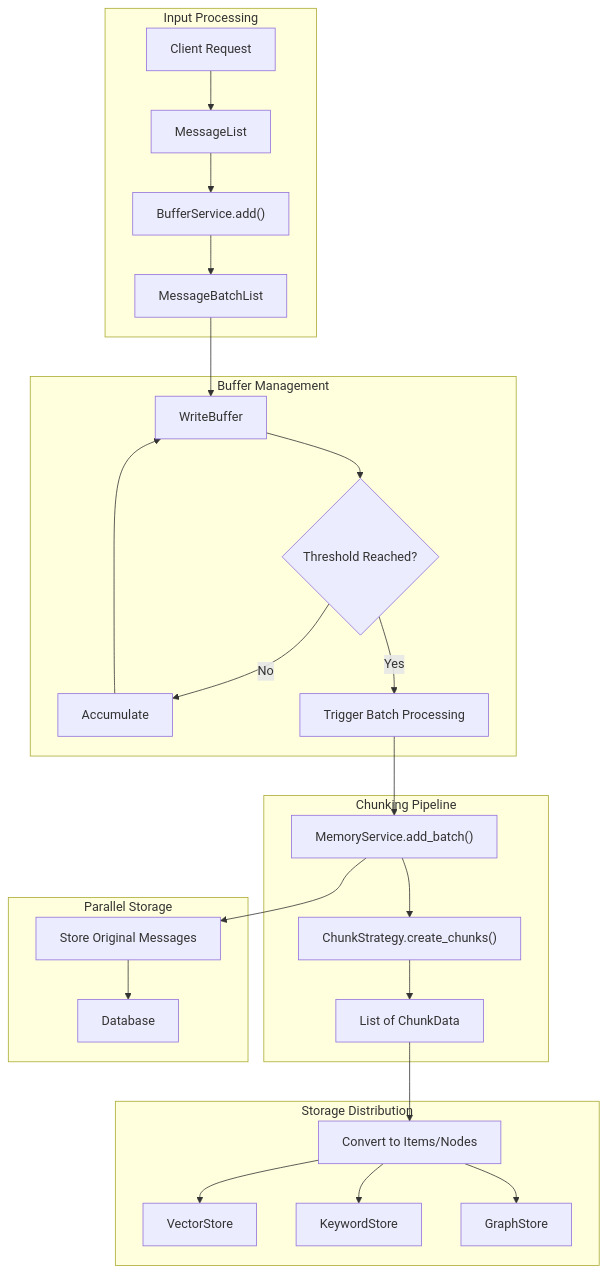
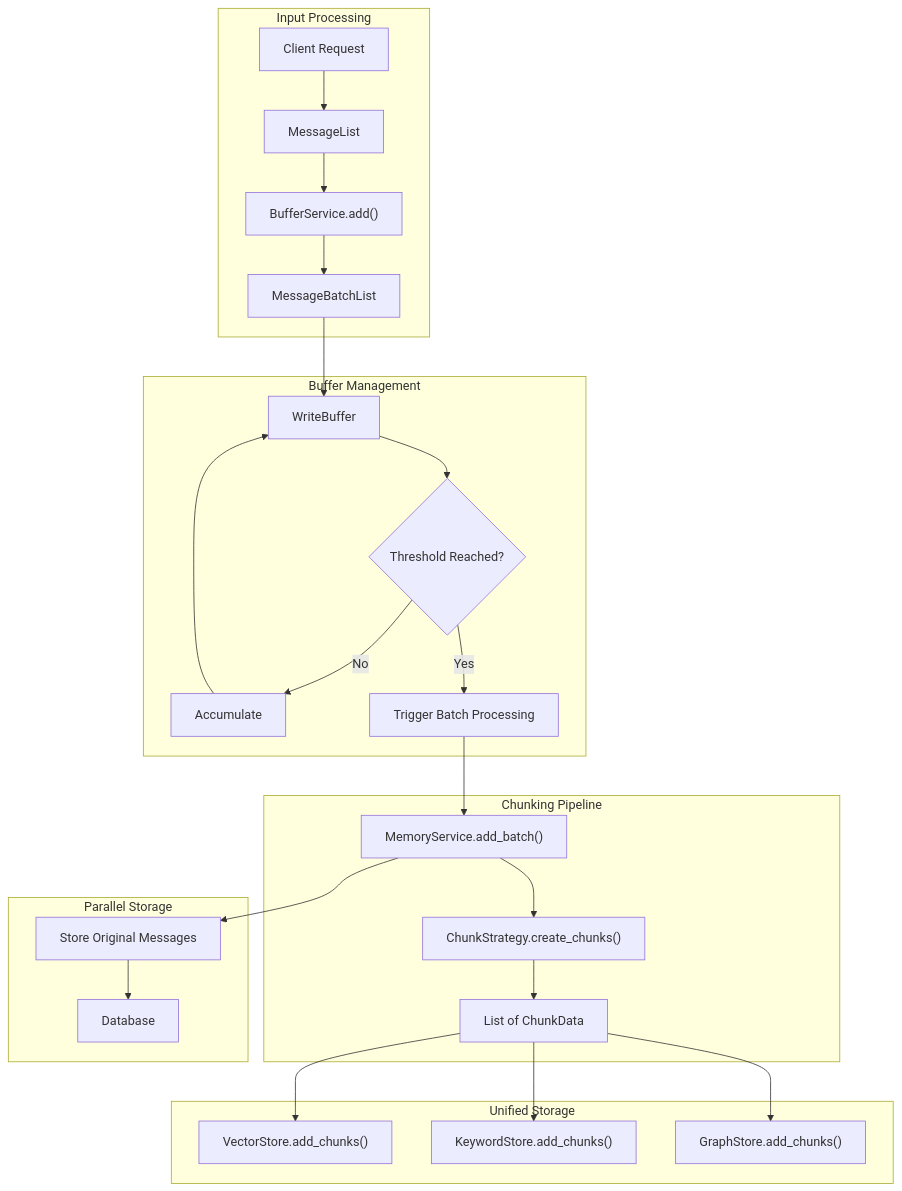
One commit to memfuse/memfuse changed the second of 7 diagrams in docs/chunking.md. Above: the diagram before and after it, drawn with Mermaid. The commit also changed other lines of this file and 12 other files, not shown here.

First line of the commit message:
feat(core): implement unified chunk architecture for MemFuse stores

````diff
--- a/docs/chunking.md
+++ b/docs/chunking.md
@@ -61,34 +61,33 @@
 ```mermaid
 graph TD
     subgraph "Input Processing"
         A[Client Request] --> B[MessageList]
         B --> C["BufferService.add()"]
         C --> D[MessageBatchList]
     end
 
     subgraph "Buffer Management"
         D --> E[WriteBuffer]
         E --> F{Threshold Reached?}
         F -->|No| G[Accumulate]
         G --> E
         F -->|Yes| H[Trigger Batch Processing]
     end
 
     subgraph "Chunking Pipeline"
         H --> I["MemoryService.add_batch()"]
         I --> J["ChunkStrategy.create_chunks()"]
         J --> K[List of ChunkData]
     end
 
-    subgraph "Storage Distribution"
-        K --> L[Convert to Items/Nodes]
-        L --> M[VectorStore]
-        L --> N[KeywordStore]
-        L --> O[GraphStore]
+    subgraph "Unified Storage"
+        K --> M["VectorStore.add_chunks()"]
+        K --> N["KeywordStore.add_chunks()"]
+        K --> O["GraphStore.add_chunks()"]
     end
 
     subgraph "Parallel Storage"
         I --> P["Store Original Messages"]
         P --> Q[Database]
     end
 ```
````
